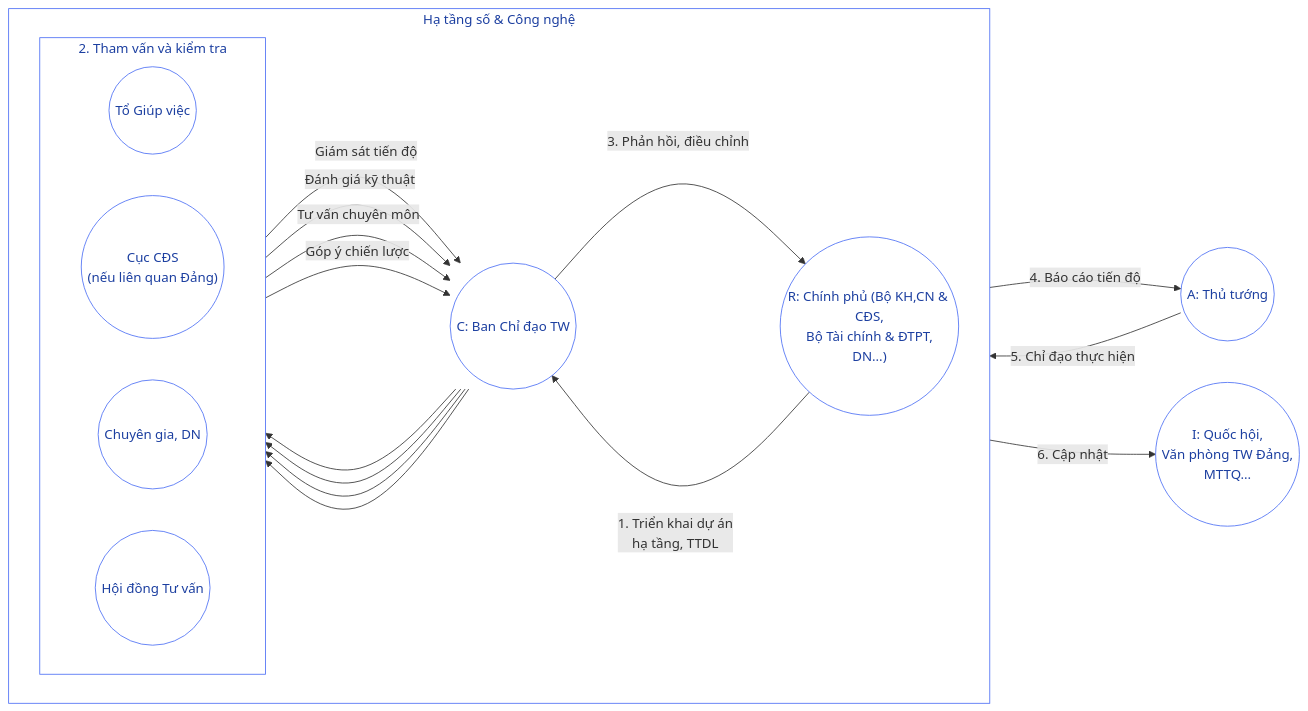
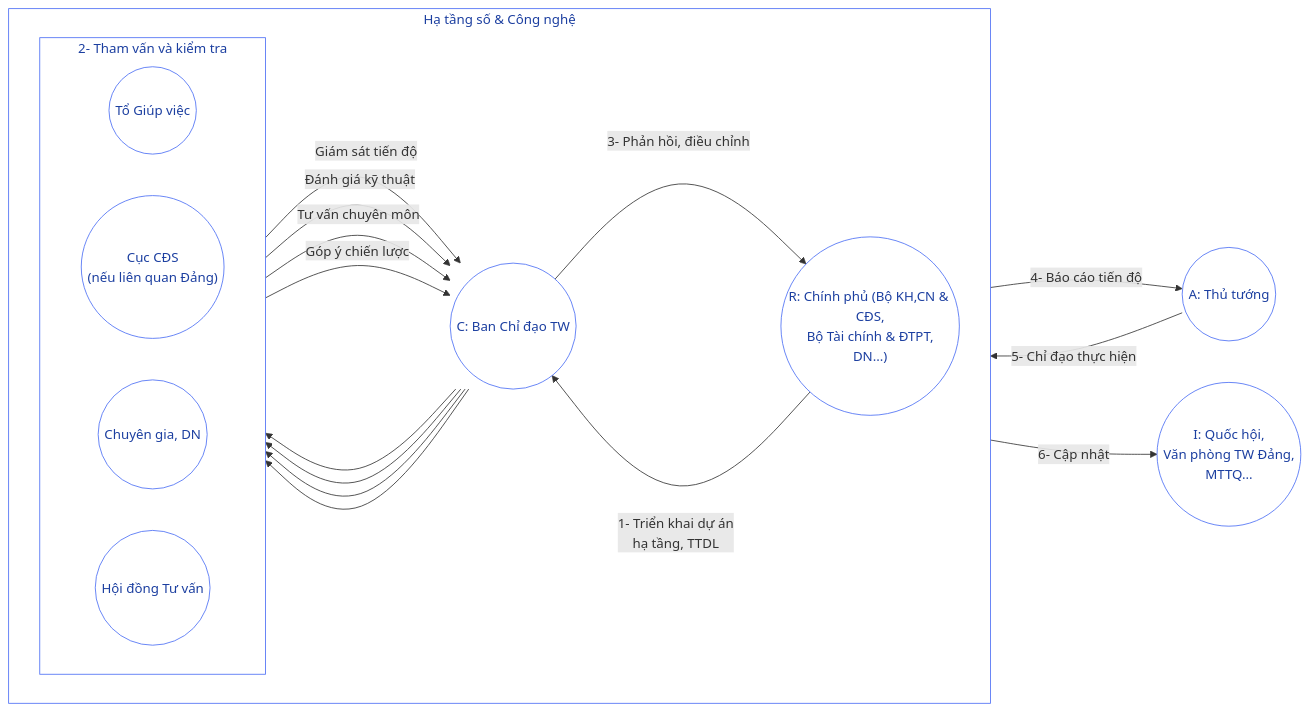
One commit to thetrungdtt/VNMasterplan changed the fifth of 11 diagrams in mo hinh to chuc.md. Above: the diagram before and after it, drawn with Mermaid. The commit also changed other lines of this file, not shown here.

````diff
--- a/mo hinh to chuc.md
+++ b/mo hinh to chuc.md
@@ -197,37 +198,37 @@
 ```mermaid
 flowchart LR
     subgraph subH["Hạ tầng số & Công nghệ"]
         direction LR
-        A(("R: Chính phủ (Bộ KH,CN & CĐS,<br/>Bộ Tài chính & ĐTPT,<br/>DN...)")) -->|"1. Triển khai dự án<br/>hạ tầng, TTDL"| B(("C: Ban Chỉ đạo TW"))
+        A(("R: Chính phủ (Bộ KH,CN & CĐS,<br/>Bộ Tài chính & ĐTPT,<br/>DN...)")) -->|"1- Triển khai dự án<br/>hạ tầng, TTDL"| B(("C: Ban Chỉ đạo TW"))
         
-        subgraph step2["2. Tham vấn và kiểm tra"]
+        subgraph step2["2- Tham vấn và kiểm tra"]
             direction LR
             B1(("Tổ Giúp việc"))
             B2(("Cục CĐS<br/>(nếu liên quan Đảng)"))
             B3(("Chuyên gia, DN"))
             B4(("Hội đồng Tư vấn"))
         end
         
         B --> B1
         B --> B2
         B --> B3
         B --> B4
         
         B1 -->|"Giám sát tiến độ"| B
         B2 -->|"Đánh giá kỹ thuật"| B
         B3 -->|"Tư vấn chuyên môn"| B
         B4 -->|"Góp ý chiến lược"| B
         
-        B -->|"3. Phản hồi, điều chỉnh"| A
+        B -->|"3- Phản hồi, điều chỉnh"| A
     end
     
-    A -->|"4. Báo cáo tiến độ"| C(("A: Thủ tướng"))
-    C -->|"5. Chỉ đạo thực hiện"| A
-    A -->|"6. Cập nhật"| D(("I: Quốc hội,<br/>Văn phòng TW Đảng,<br/>MTTQ..."))
+    A -->|"4- Báo cáo tiến độ"| C(("A: Thủ tướng"))
+    C -->|"5- Chỉ đạo thực hiện"| A
+    A -->|"6- Cập nhật"| D(("I: Quốc hội,<br/>Văn phòng TW Đảng,<br/>MTTQ..."))
 
     classDef step fill:#ffffff,stroke:#4c6ef5,stroke-width:1px,color:#1c3fa0
     classDef actor fill:#ffffff,stroke:#4c6ef5,stroke-width:1px,color:#1c3fa0
     class A,B,C,D,B1,B2,B3,B4 actor
     class subH,step2 step
 
 ```
````
